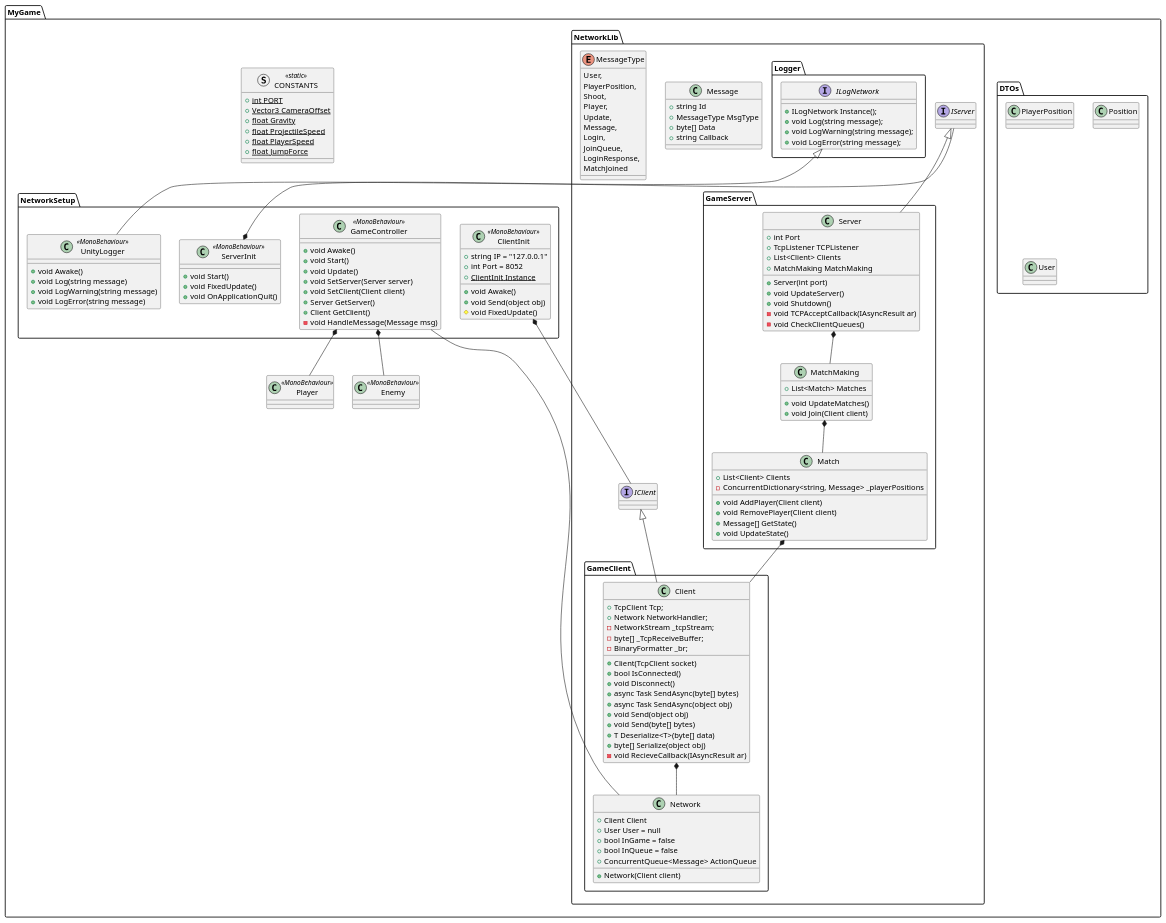
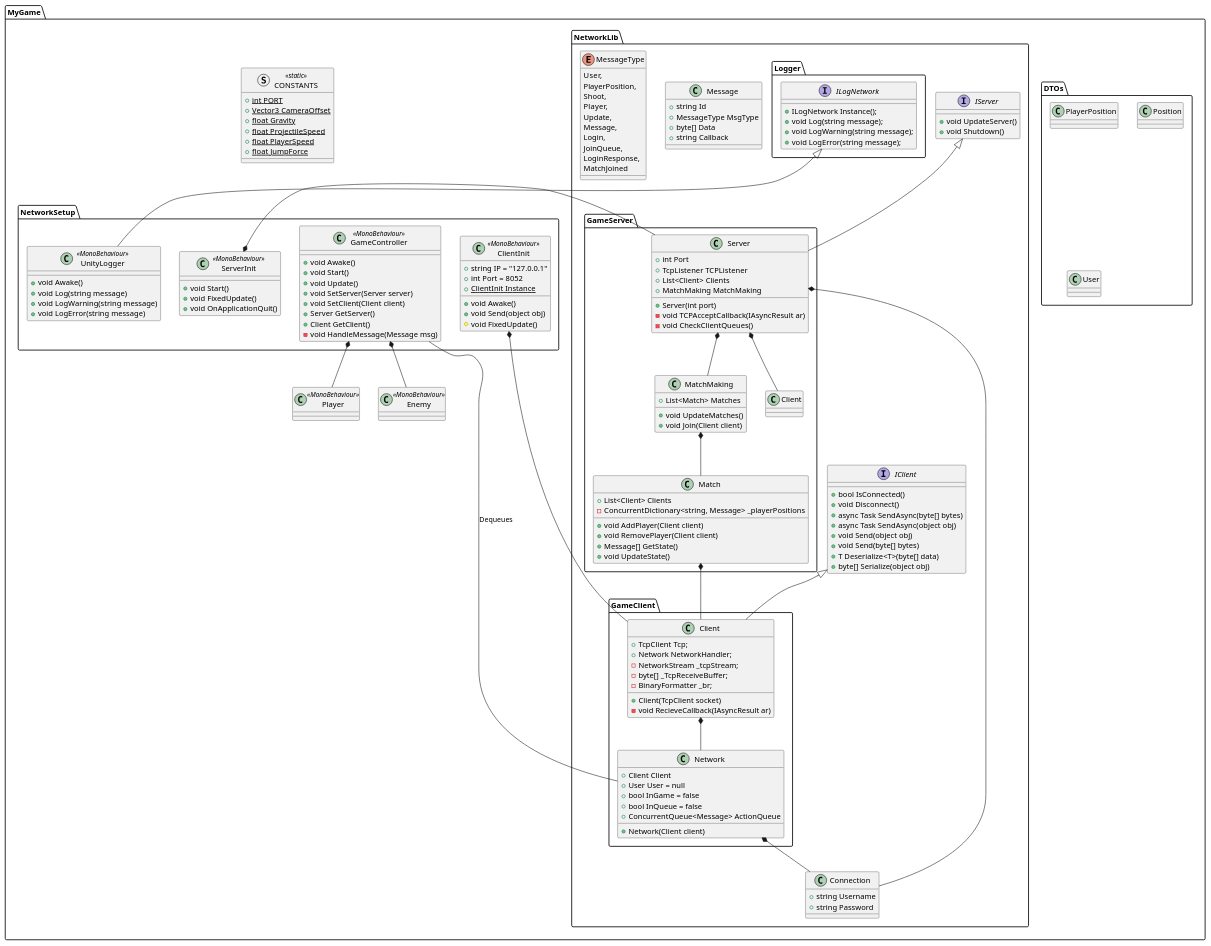
Before and after one commit to mjesper90/Network: the diagram in Assets/Docs/Network.puml, drawn with PlantUML. The commit also changed 8 other files, not shown here.

Commit message:
NetworkLib more independant

```diff
--- a/Assets/Docs/Network.puml
+++ b/Assets/Docs/Network.puml
@@ -1,160 +1,170 @@
 @startuml
 
 set separator ::
 namespace MyGame{
     namespace DTOs{
         class PlayerPosition{}
         class Position{}
         class User{}
     }
     namespace NetworkLib{
-        interface IClient{}
-        interface IServer{}
+        class Connection{
+            + string Username
+            + string Password
+        }
+        interface IClient{
+            + bool IsConnected()
+            + void Disconnect()
+            + async Task SendAsync(byte[] bytes)
+            + async Task SendAsync(object obj)
+            + void Send(object obj)
+            + void Send(byte[] bytes)
+            + T Deserialize<T>(byte[] data)
+            + byte[] Serialize(object obj)
+        }
+        interface IServer{
+            + void UpdateServer()
+            + void Shutdown()
+        }
         namespace Logger{
             interface ILogNetwork{
                 + ILogNetwork Instance();
                 + void Log(string message);
                 + void LogWarning(string message);
                 + void LogError(string message);
             }
         }
         namespace GameClient{
             class Client {
                 + TcpClient Tcp;
                 + Network NetworkHandler;
                 - NetworkStream _tcpStream;
                 - byte[] _TcpReceiveBuffer;
                 - BinaryFormatter _br;
                 + Client(TcpClient socket)
-                + bool IsConnected()
-                + void Disconnect()
-                + async Task SendAsync(byte[] bytes)
-                + async Task SendAsync(object obj)
-                + void Send(object obj)
-                + void Send(byte[] bytes)
-                + T Deserialize<T>(byte[] data)
-                + byte[] Serialize(object obj)
                 - void RecieveCallback(IAsyncResult ar)
             }
             class Network {
                 + Client Client
                 + User User = null
                 + bool InGame = false
                 + bool InQueue = false
                 + ConcurrentQueue<Message> ActionQueue
                 + Network(Client client)
             }
         }
         namespace GameServer{
             class Server{
                 + int Port
                 + TcpListener TCPListener
                 + List<Client> Clients
                 + MatchMaking MatchMaking
                 + Server(int port)
-                + void UpdateServer()
-                + void Shutdown()
                 - void TCPAcceptCallback(IAsyncResult ar)
                 - void CheckClientQueues()
             }
             class Match{
                 + List<Client> Clients
                 - ConcurrentDictionary<string, Message> _playerPositions
                 + void AddPlayer(Client client)
                 + void RemovePlayer(Client client)
                 + Message[] GetState()
                 + void UpdateState()
             }
             class MatchMaking{
                 + List<Match> Matches
                 + void UpdateMatches()
                 + void Join(Client client)
             }
         }
         class Message{
             + string Id
             + MessageType MsgType
             + byte[] Data
             + string Callback
         }
         enum MessageType{
             User,
             PlayerPosition,
             Shoot,
             Player,
             Update,
             Message,
             Login,
             JoinQueue,
             LoginResponse,
             MatchJoined
         }
     }
 
     struct CONSTANTS <<static>> {
         + {static} int PORT
         + {static} Vector3 CameraOffset
         + {static} float Gravity
         + {static} float ProjectileSpeed
         + {static} float PlayerSpeed
         + {static} float JumpForce
     }
 
     class Player <<MonoBehaviour>>{
 
     }
     class Enemy <<MonoBehaviour>>{
 
     }
     namespace NetworkSetup{
         class GameController <<MonoBehaviour>>{
             + void Awake()
             + void Start()
             + void Update()
             + void SetServer(Server server)
             + void SetClient(Client client)
             + Server GetServer()
             + Client GetClient()
             - void HandleMessage(Message msg)
         }
         class ClientInit <<MonoBehaviour>>{
             + string IP = "127.0.0.1"
             + int Port = 8052
             + {static} ClientInit Instance
             + void Awake()
             + void Send(object obj)
             # void FixedUpdate()
         }
         class ServerInit <<MonoBehaviour>>{
             + void Start()
             + void FixedUpdate()
             + void OnApplicationQuit()
         }
         class UnityLogger <<MonoBehaviour>>{
             + void Awake()
             + void Log(string message)
             + void LogWarning(string message)
             + void LogError(string message)
         }
     }
 }
 
 
 MyGame::NetworkLib::GameClient::Client *-- MyGame::NetworkLib::GameClient::Network
 MyGame::NetworkSetup::GameController *-- MyGame::Enemy
 MyGame::NetworkSetup::GameController *-- MyGame::Player
-MyGame::NetworkSetup::GameController -- MyGame::NetworkLib::GameClient::Network
+MyGame::NetworkSetup::GameController -- MyGame::NetworkLib::GameClient::Network : Dequeues
 
-MyGame::NetworkSetup::ClientInit *-- MyGame::NetworkLib::IClient
-MyGame::NetworkSetup::ServerInit *-- MyGame::NetworkLib::IServer
+MyGame::NetworkSetup::ClientInit *-- MyGame::NetworkLib::GameClient::Client
+MyGame::NetworkSetup::ServerInit *-- MyGame::NetworkLib::GameServer::Server
 
 MyGame::NetworkLib::GameServer::Server *-- MyGame::NetworkLib::GameServer::MatchMaking
+MyGame::NetworkLib::GameServer::Server *-- MyGame::NetworkLib::GameServer::Client
 MyGame::NetworkLib::GameServer::MatchMaking *-- MyGame::NetworkLib::GameServer::Match
 MyGame::NetworkLib::GameServer::Match *-- MyGame::NetworkLib::GameClient::Client
 
 MyGame::NetworkLib::Logger::ILogNetwork <|-- MyGame::NetworkSetup::UnityLogger
 
 MyGame::NetworkLib::IClient <|-- MyGame::NetworkLib::GameClient::Client
 MyGame::NetworkLib::IServer <|-- MyGame::NetworkLib::GameServer::Server
 
+MyGame::NetworkLib::GameServer::Server *-- MyGame::NetworkLib::Connection
+MyGame::NetworkLib::GameClient::Network *-- MyGame::NetworkLib::Connection
+
 @enduml
```
